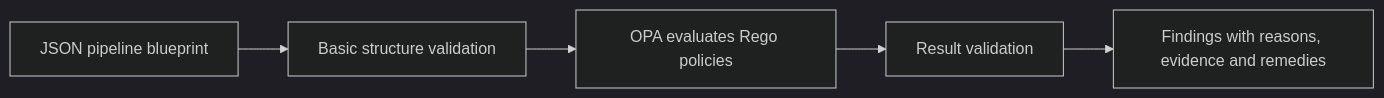
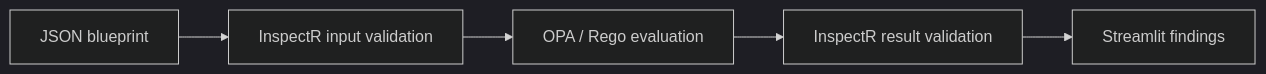
The first of 2 diagrams in README.md (sirin-koca/InspectR), drawn with Mermaid (dark theme) before and after one commit. The commit also changed other lines of this file, not shown here.

````diff
--- a/README.md
+++ b/README.md
@@ -142,10 +79,7 @@
 ```mermaid
 flowchart LR
-    A[JSON pipeline blueprint]
-    B[Basic structure validation]
-    C[OPA evaluates Rego policies]
-    D[Result validation]
-    E[Findings with reasons, evidence and remedies]
-
-    A --> B --> C --> D --> E
+    A[JSON blueprint] --> B[InspectR input validation]
+    B --> C[OPA / Rego evaluation]
+    C --> D[InspectR result validation]
+    D --> E[Streamlit findings]
 ```
````
